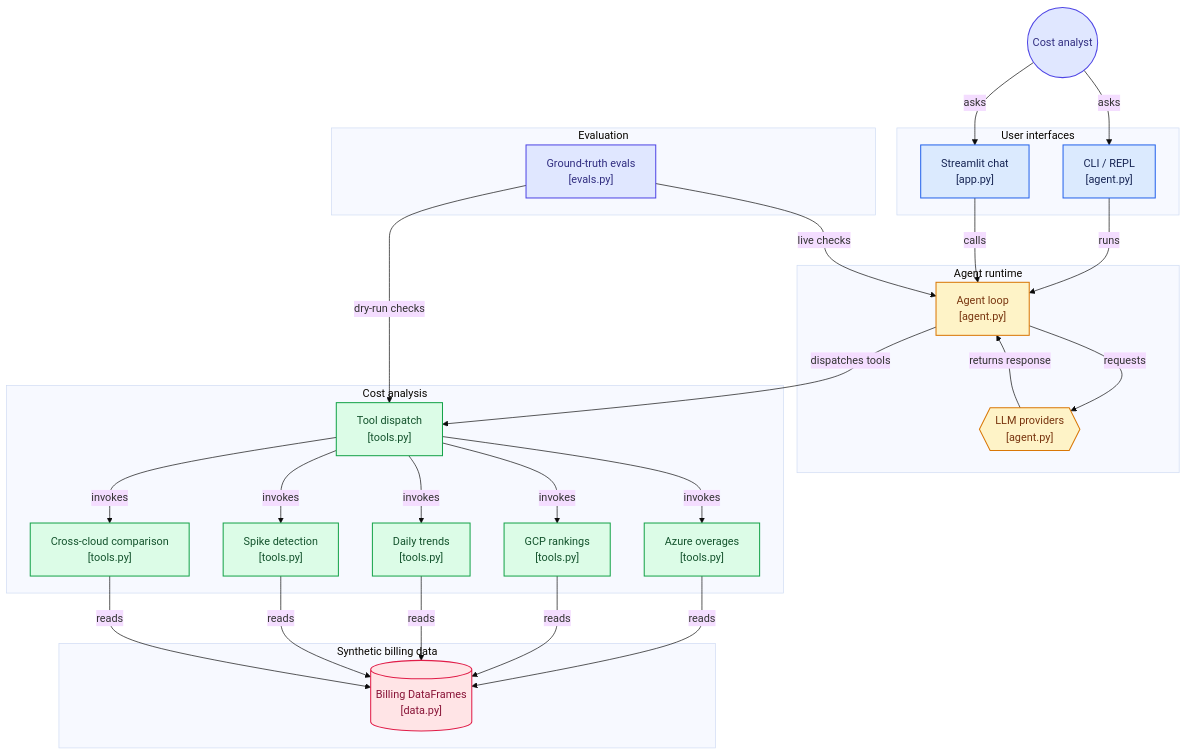
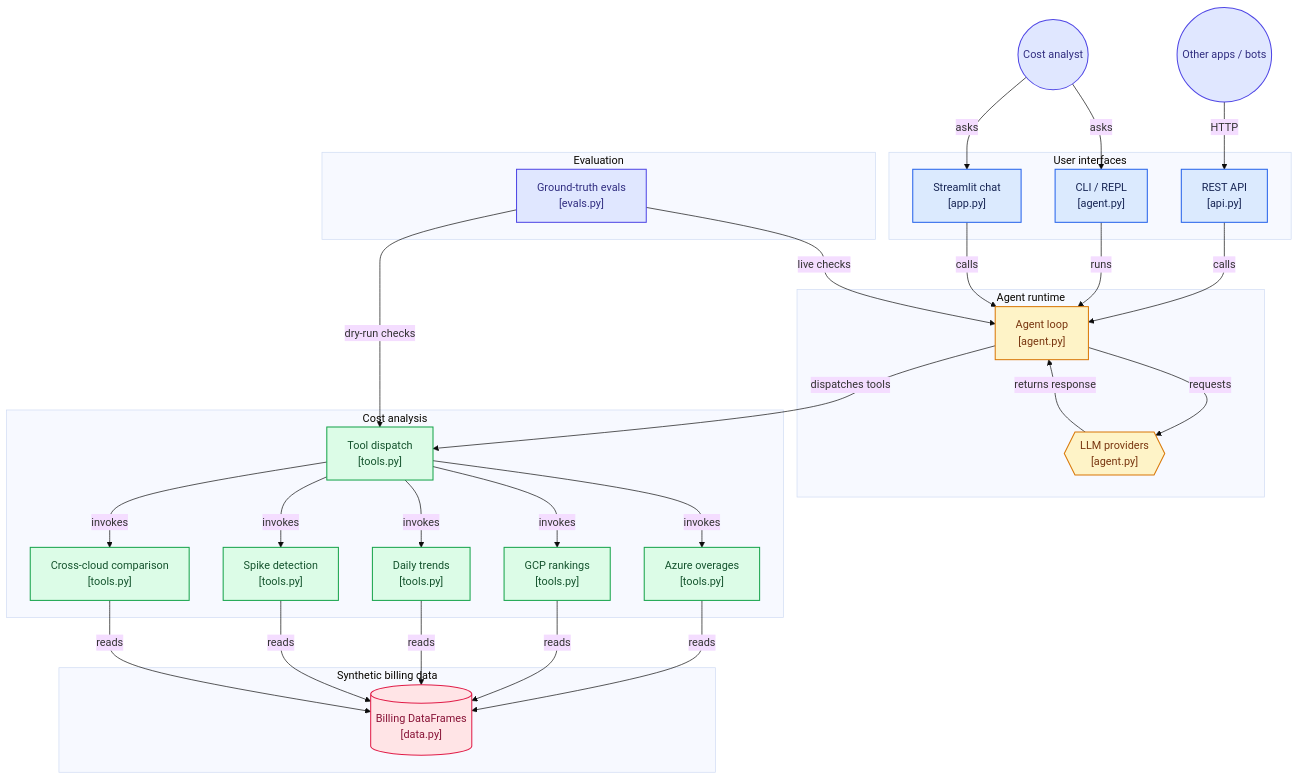
The diagram in README.md (redbarron23/obs-agent), drawn with Mermaid (base theme) before and after one commit. The commit also changed other lines of this file and 10 other files, not shown here.

````diff
--- a/README.md
+++ b/README.md
@@ -169,6 +208,7 @@
 subgraph group_entry["User interfaces"]
   node_cli["CLI / REPL<br/>[agent.py]"]
   node_web["Streamlit chat<br/>[app.py]"]
+  node_api["REST API<br/>[api.py]"]
 end
 
 subgraph group_runtime["Agent runtime"]
@@ -194,9 +234,12 @@
 end
 
 node_user(("Cost analyst"))
+node_client(("Other apps / bots"))
 
 node_user -->|"asks"| node_cli
 node_user -->|"asks"| node_web
+node_client -->|"HTTP"| node_api
+node_api -->|"calls"| node_loop
 node_cli -->|"runs"| node_loop
 node_web -->|"calls"| node_loop
 node_loop -->|"requests"| node_providers
@@ -217,6 +260,7 @@
 
 click node_cli "https://github.com/redbarron23/obs-agent/blob/main/agent.py"
 click node_web "https://github.com/redbarron23/obs-agent/blob/main/app.py"
+click node_api "https://github.com/redbarron23/obs-agent/blob/main/api.py"
 click node_loop "https://github.com/redbarron23/obs-agent/blob/main/agent.py"
 click node_providers "https://github.com/redbarron23/obs-agent/blob/main/agent.py"
 click node_dispatch "https://github.com/redbarron23/obs-agent/blob/main/tools.py"
@@ -235,9 +279,9 @@
 classDef toneRose fill:#ffe4e6,stroke:#e11d48,stroke-width:1.5px,color:#881337
 classDef toneIndigo fill:#e0e7ff,stroke:#4f46e5,stroke-width:1.5px,color:#312e81
 classDef toneTeal fill:#ccfbf1,stroke:#0f766e,stroke-width:1.5px,color:#134e4a
-class node_cli,node_web toneBlue
+class node_cli,node_web,node_api toneBlue
 class node_loop,node_providers toneAmber
 class node_dispatch,node_azure,node_gcp,node_trend,node_spikes,node_crosscloud toneMint
 class node_datasets toneRose
-class node_evals,node_user toneIndigo
+class node_evals,node_user,node_client toneIndigo
 ```
````
